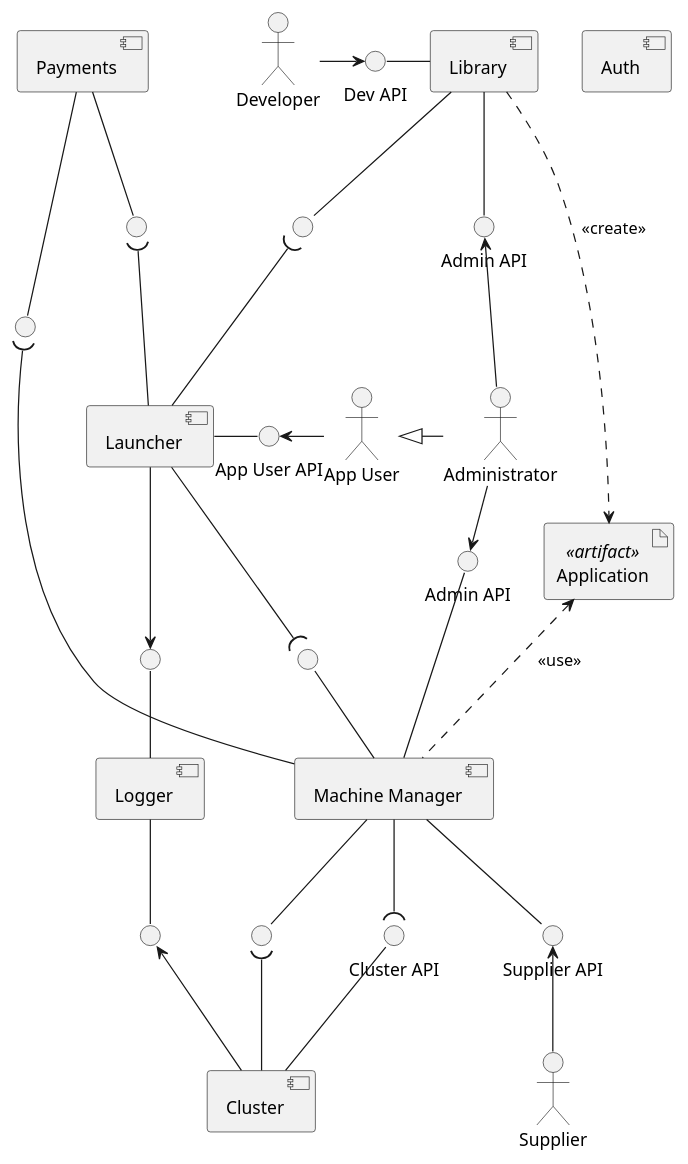
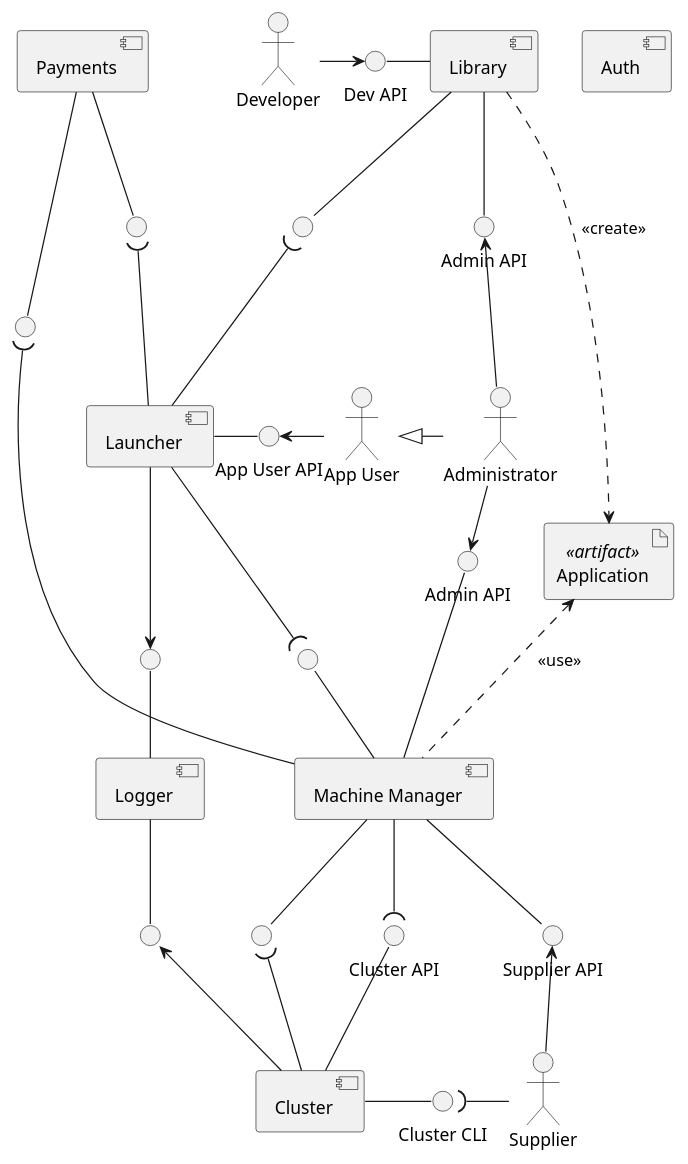
Before and after one commit to cetlinB/docs: the diagram in components/components.puml, drawn with PlantUML.

Commit message:
Add Cluster CLI in Component Diagram

```diff
--- a/components/components.puml
+++ b/components/components.puml
@@ -1,79 +1,83 @@
 @startuml
 
 skinparam componentStyle uml2
 
 skinparam actor {
     BackgroundColor<<Machine>> Brown
 }
 
 actor "App User" as AU
 actor Developer as AD
 actor Supplier as AS
 actor Administrator as AA
 
 AA -le-|> AU
 
 component Launcher as CLa
 component Library as CLi
 component Logger as CLo
 component "Machine Manager" as CM
 component Payments as CP
 component Cluster as CC
 component Auth as CA
 
 interface " " as ICLoCLa
 interface " " as ICLoCC
 interface " " as ICMAC
 interface "Admin API" as ICLiAA
 interface "Admin API" as ICMAA
 interface " " as ICMCLa
 interface " " as ICLiCLa
 interface " " as ICPCLa
 interface " " as ICPCM
 interface "Dev API" as ICLiAD
 interface "Supplier API" as ICMAS
 interface "App User API" as ICLaAU
-interface "Cluster API" as ICC
+interface "Cluster API" as ICCCM
+interface "Cluster CLI" as ICCAS
 
 artifact "Application" as ArApp <<artifact>>
 
 AD -ri-> ICLiAD
 ICLiAD -ri- CLi
 
 AS -up-> ICMAS
 ICMAS -up- CM
 
 AU -le-> ICLaAU
 ICLaAU -le- CLa
 
 CLi -do- ICLiCLa
 ICLiCLa )-do- CLa
 
 CLa -do-( ICMCLa
 ICMCLa -do- CM
 
 CM -do- ICMAC
 ICMAC )-do- CC
-CM -do-( ICC
-ICC -do- CC
+CM -do-( ICCCM
+ICCCM -do- CC
+
+CC -ri- ICCAS
+ICCAS )-ri- AS
 
 CLi .do.> ArApp : <<create>>
 CM .up.> ArApp : <<use>>
 
 CLi -do- ICLiAA
 AA -up-> ICLiAA
 CM -up- ICMAA
 AA -ri-> ICMAA
 
 CP -do- ICPCLa
 ICPCLa )-do- CLa
 
 CP -do- ICPCM
 CM -up-( ICPCM
 
 CLa -do-> ICLoCLa
 ICLoCLa -do- CLo
 CLo -do- ICLoCC
 ICLoCC <-do- CC
 
 @enduml
```
